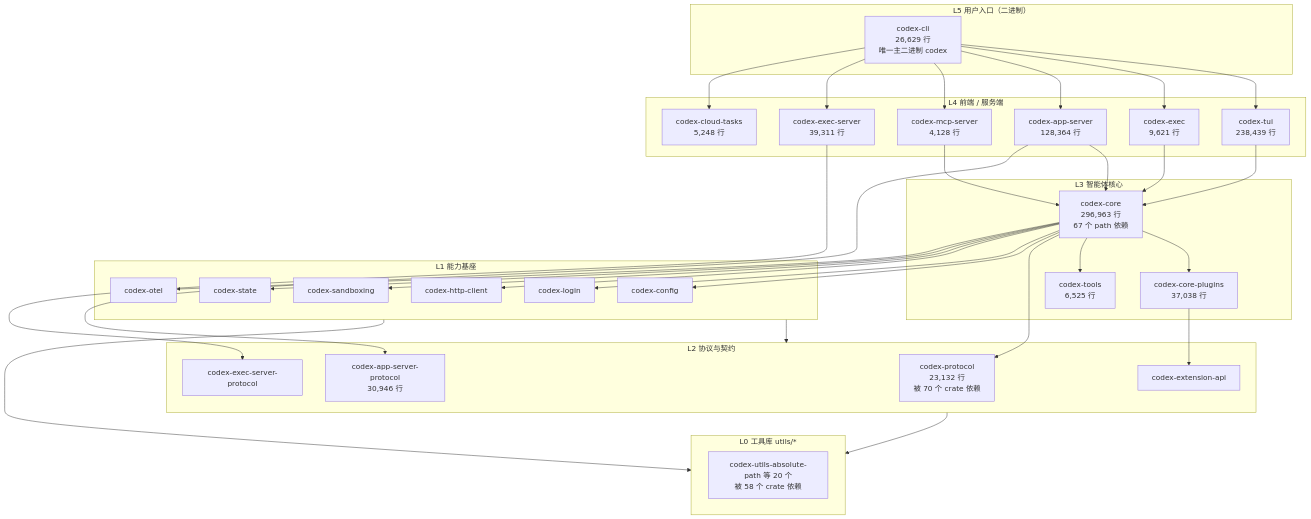
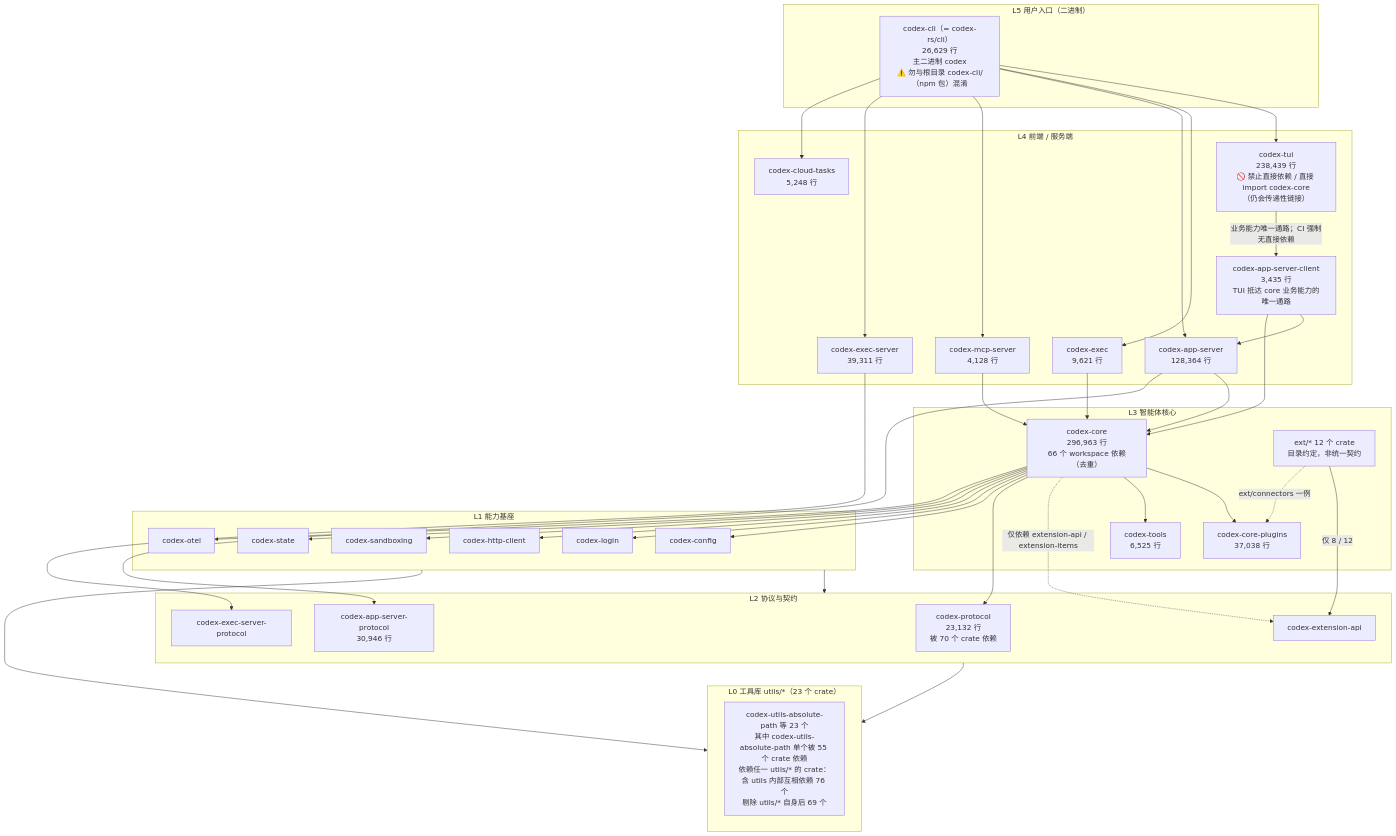
Before and after one commit to zibuyu2015831/codex: the diagram in dev_docs/crate_map.md, drawn with Mermaid. The commit also changed other lines of this file and 23 other files, not shown here.

````diff
--- a/dev_docs/crate_map.md
+++ b/dev_docs/crate_map.md
@@ -67,52 +79,58 @@
 ```mermaid
 graph TD
     subgraph L5["L5 用户入口（二进制）"]
-        CLI["codex-cli<br/>26,629 行<br/>唯一主二进制 codex"]
+        CLI["codex-cli（= codex-rs/cli）<br/>26,629 行<br/>主二进制 codex<br/>⚠️ 勿与根目录 codex-cli/（npm 包）混淆"]
     end
 
     subgraph L4["L4 前端 / 服务端"]
-        TUI["codex-tui<br/>238,439 行"]
+        TUI["codex-tui<br/>238,439 行<br/>🚫 禁止直接依赖 / 直接 import codex-core<br/>（仍会传递性链接）"]
+        ASCLIENT["codex-app-server-client<br/>3,435 行<br/>TUI 抵达 core 业务能力的唯一通路"]
         EXEC["codex-exec<br/>9,621 行"]
         APPSRV["codex-app-server<br/>128,364 行"]
         MCPSRV["codex-mcp-server<br/>4,128 行"]
         EXECSRV["codex-exec-server<br/>39,311 行"]
         CLOUD["codex-cloud-tasks<br/>5,248 行"]
     end
 
     subgraph L3["L3 智能体核心"]
-        CORE["codex-core<br/>296,963 行<br/>67 个 path 依赖"]
+        CORE["codex-core<br/>296,963 行<br/>66 个 workspace 依赖（去重）"]
         PLUGINS["codex-core-plugins<br/>37,038 行"]
         TOOLS["codex-tools<br/>6,525 行"]
+        EXT["ext/* 12 个 crate<br/>目录约定，非统一契约"]
     end
 
     subgraph L2["L2 协议与契约"]
         PROTO["codex-protocol<br/>23,132 行<br/>被 70 个 crate 依赖"]
         ASPROTO["codex-app-server-protocol<br/>30,946 行"]
         ESPROTO["codex-exec-server-protocol"]
         EXTAPI["codex-extension-api"]
     end
 
     subgraph L1["L1 能力基座"]
         CONFIG["codex-config"]
         LOGIN["codex-login"]
         HTTP["codex-http-client"]
         SANDBOX["codex-sandboxing"]
         STATE["codex-state"]
         OTEL["codex-otel"]
     end
 
-    subgraph L0["L0 工具库 utils/*"]
-        UTILS["codex-utils-absolute-path 等 20 个<br/>被 58 个 crate 依赖"]
+    subgraph L0["L0 工具库 utils/*（23 个 crate）"]
+        UTILS["codex-utils-absolute-path 等 23 个<br/>其中 codex-utils-absolute-path 单个被 55 个 crate 依赖<br/>依赖任一 utils/* 的 crate：含 utils 内部互相依赖 76 个<br/>剔除 utils/* 自身后 69 个"]
     end
 
     CLI --> TUI & EXEC & APPSRV & MCPSRV & EXECSRV & CLOUD
-    TUI & EXEC & APPSRV & MCPSRV --> CORE
+    TUI -->|业务能力唯一通路；CI 强制无直接依赖| ASCLIENT
+    ASCLIENT --> APPSRV & CORE
+    EXEC & APPSRV & MCPSRV --> CORE
     CORE --> PLUGINS & TOOLS
+    CORE -.仅依赖 extension-api / extension-items.-> EXTAPI
     CORE --> PROTO & CONFIG & LOGIN & HTTP & SANDBOX & STATE & OTEL
     APPSRV --> ASPROTO
     EXECSRV --> ESPROTO
-    PLUGINS --> EXTAPI
+    EXT -->|仅 8 / 12| EXTAPI
+    EXT -.ext/connectors 一例.-> PLUGINS
     L1 --> L2
     L2 --> L0
     L1 --> L0
 ```
````
